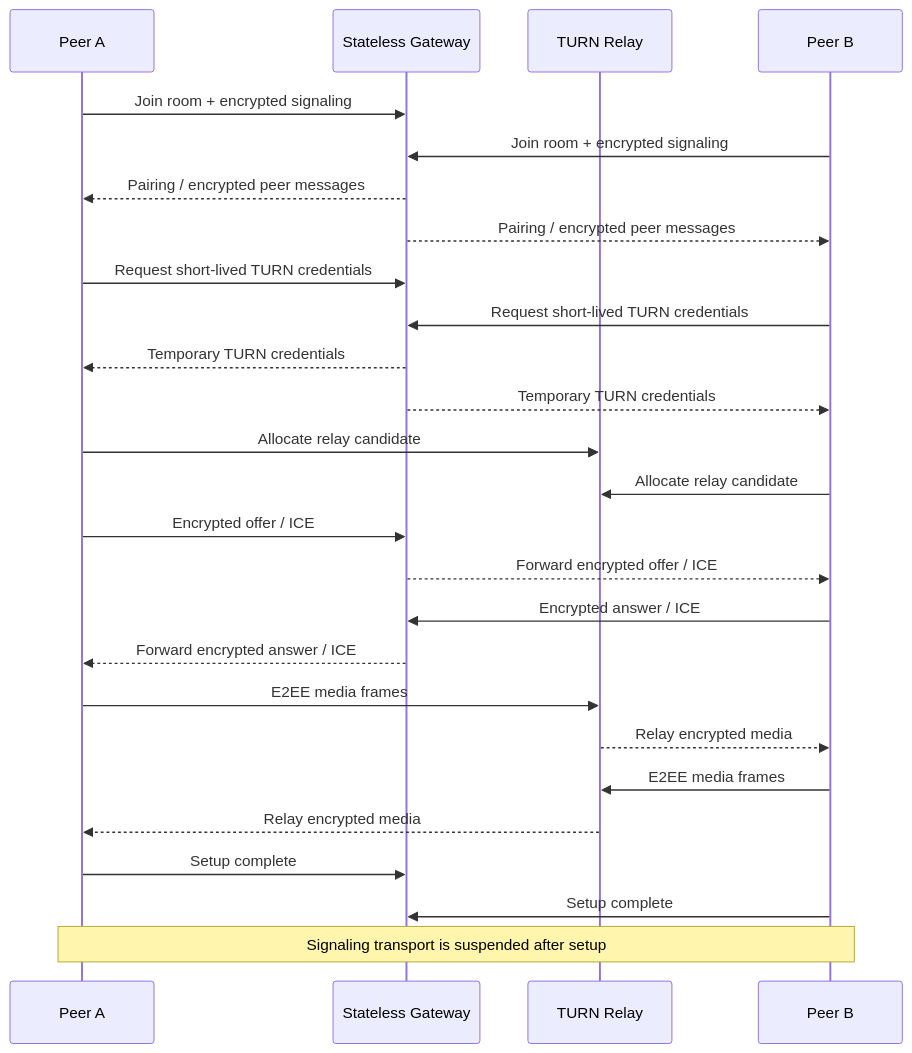
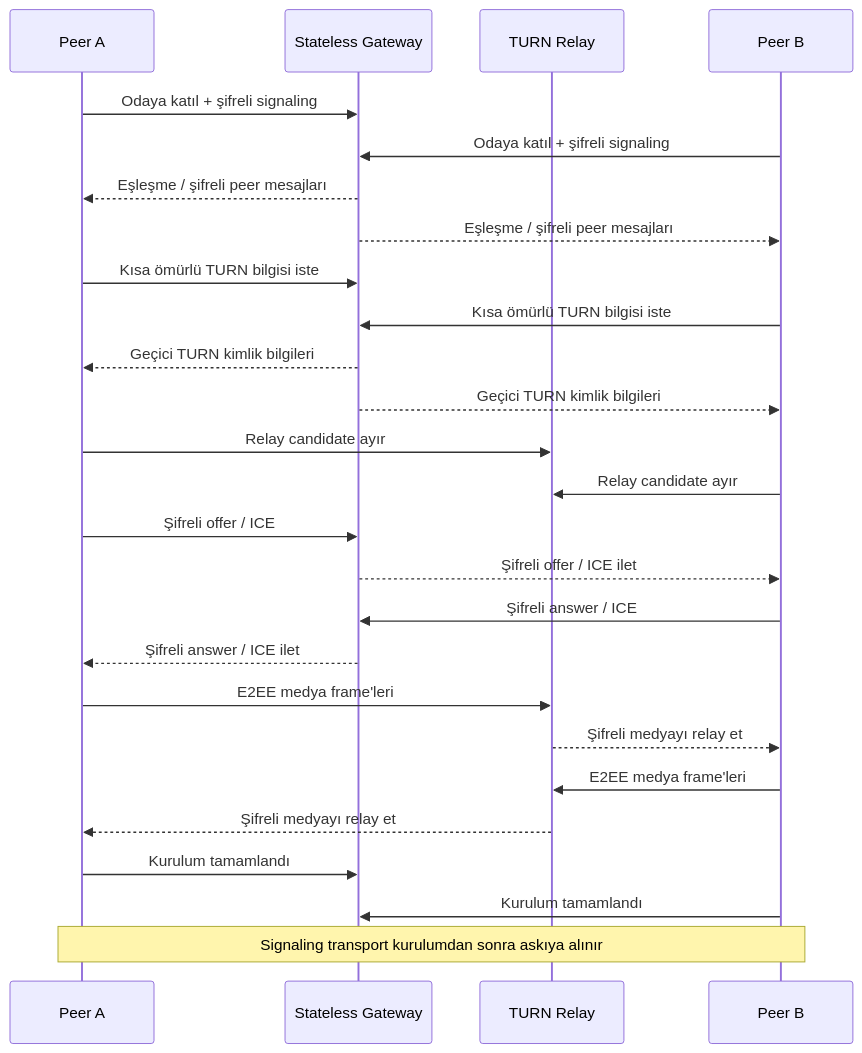
One commit to tahakubilay/LiveHide changed the diagram in README.tr.md. Above: the diagram before and after it, drawn with Mermaid. The commit also changed other lines of this file, not shown here.

````diff
--- a/README.tr.md
+++ b/README.tr.md
@@ -69,34 +65,34 @@
 ```mermaid
 sequenceDiagram
     participant A as Peer A
     participant G as Stateless Gateway
     participant T as TURN Relay
     participant B as Peer B
 
-    A->>G: Join room + encrypted signaling
-    B->>G: Join room + encrypted signaling
-    G-->>A: Pairing / encrypted peer messages
-    G-->>B: Pairing / encrypted peer messages
+    A->>G: Odaya katıl + şifreli signaling
+    B->>G: Odaya katıl + şifreli signaling
+    G-->>A: Eşleşme / şifreli peer mesajları
+    G-->>B: Eşleşme / şifreli peer mesajları
 
-    A->>G: Request short-lived TURN credentials
-    B->>G: Request short-lived TURN credentials
-    G-->>A: Temporary TURN credentials
-    G-->>B: Temporary TURN credentials
+    A->>G: Kısa ömürlü TURN bilgisi iste
+    B->>G: Kısa ömürlü TURN bilgisi iste
+    G-->>A: Geçici TURN kimlik bilgileri
+    G-->>B: Geçici TURN kimlik bilgileri
 
-    A->>T: Allocate relay candidate
-    B->>T: Allocate relay candidate
+    A->>T: Relay candidate ayır
+    B->>T: Relay candidate ayır
 
-    A->>G: Encrypted offer / ICE
-    G-->>B: Forward encrypted offer / ICE
-    B->>G: Encrypted answer / ICE
-    G-->>A: Forward encrypted answer / ICE
+    A->>G: Şifreli offer / ICE
+    G-->>B: Şifreli offer / ICE ilet
+    B->>G: Şifreli answer / ICE
+    G-->>A: Şifreli answer / ICE ilet
 
-    A->>T: E2EE media frames
-    T-->>B: Relay encrypted media
-    B->>T: E2EE media frames
-    T-->>A: Relay encrypted media
+    A->>T: E2EE medya frame'leri
+    T-->>B: Şifreli medyayı relay et
+    B->>T: E2EE medya frame'leri
+    T-->>A: Şifreli medyayı relay et
 
-    A->>G: Setup complete
-    B->>G: Setup complete
-    Note over A,B: Signaling transport is suspended after setup
+    A->>G: Kurulum tamamlandı
+    B->>G: Kurulum tamamlandı
+    Note over A,B: Signaling transport kurulumdan sonra askıya alınır
 ```
````
